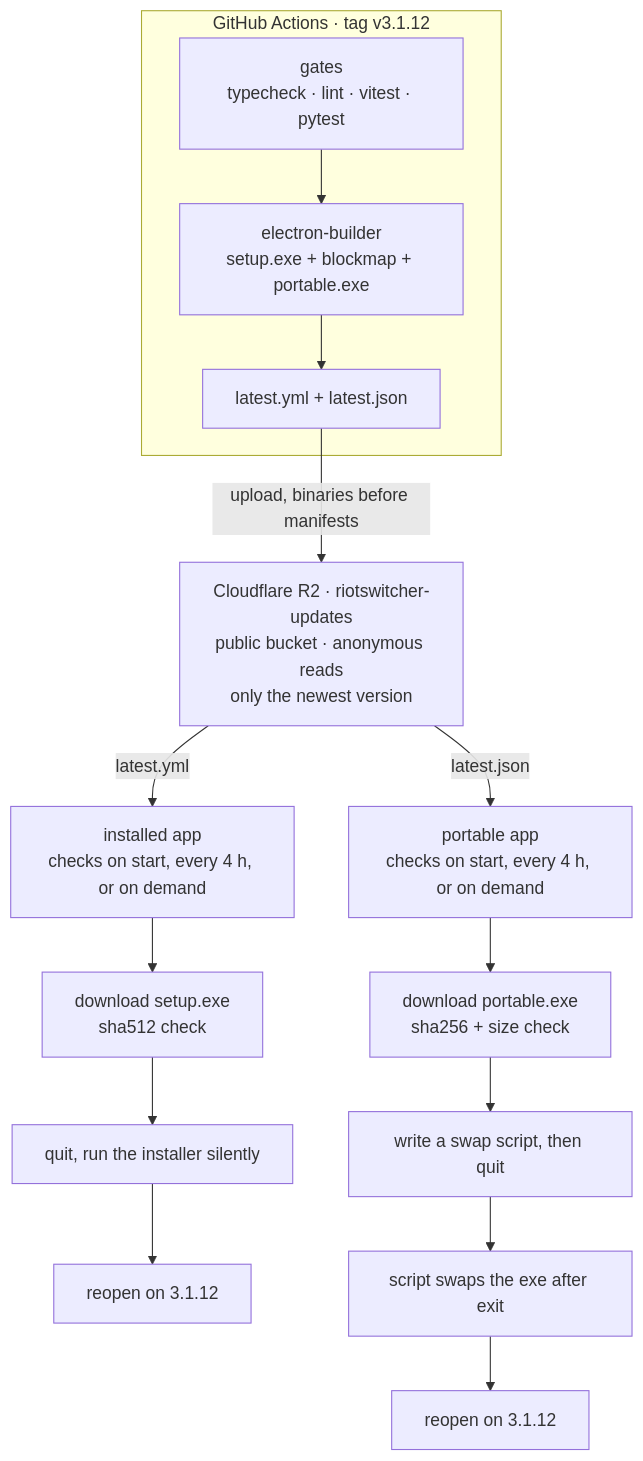
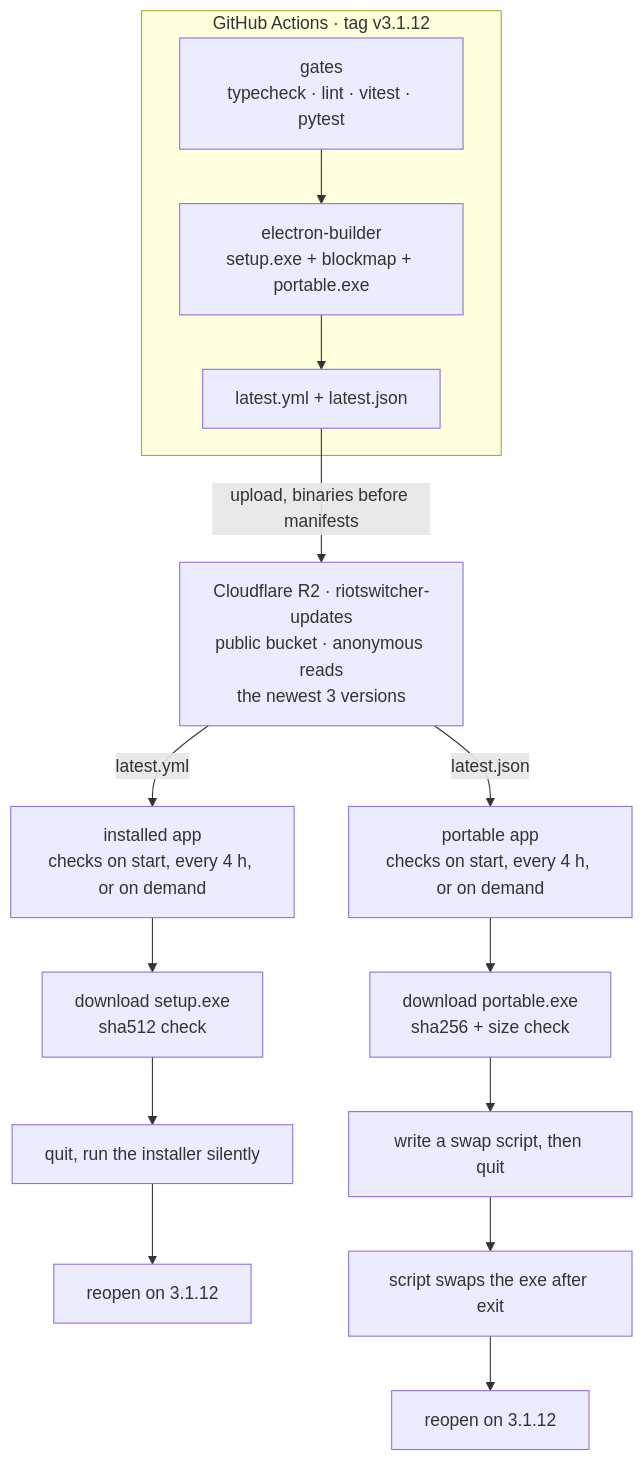
The second of 2 diagrams in README.md (yassine808/RiotSwitcher), drawn with Mermaid before and after one commit. The commit also changed 6 other files, not shown here.

Commit message:
feat: keep three feed versions, cache binaries immutably, add a withdrawal workflow

````diff
--- a/README.md
+++ b/README.md
@@ -27,15 +27,15 @@
 ```mermaid
 flowchart TD
   subgraph REL["GitHub Actions · tag v3.1.12"]
     A1["gates<br/>typecheck · lint · vitest · pytest"] --> A2["electron-builder<br/>setup.exe + blockmap + portable.exe"]
     A2 --> A3["latest.yml + latest.json"]
   end
 
-  A3 -->|"upload, binaries before manifests"| R2["Cloudflare R2 · riotswitcher-updates<br/>public bucket · anonymous reads<br/>only the newest version"]
+  A3 -->|"upload, binaries before manifests"| R2["Cloudflare R2 · riotswitcher-updates<br/>public bucket · anonymous reads<br/>the newest 3 versions"]
 
   R2 -->|"latest.yml"| I0["installed app<br/>checks on start, every 4 h, or on demand"]
   R2 -->|"latest.json"| P0["portable app<br/>checks on start, every 4 h, or on demand"]
 
   I0 --> I1["download setup.exe<br/>sha512 check"] --> I2["quit, run the installer silently"] --> I3["reopen on 3.1.12"]
   P0 --> P1["download portable.exe<br/>sha256 + size check"] --> P2["write a swap script, then quit"] --> P3["script swaps the exe after exit"] --> P4["reopen on 3.1.12"]
 ```
````
